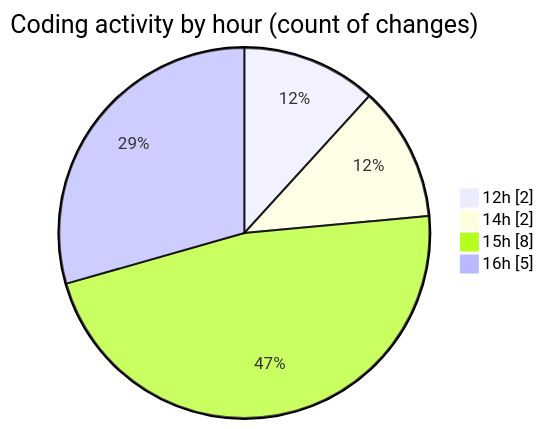
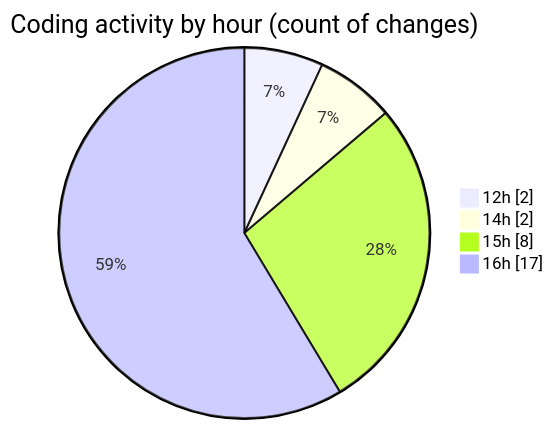
Before and after one commit to nxtqubesakshisongat/code-tracking: the second of 2 diagrams in 2025-05-20/nxtqube_webapp/README.md, drawn with Mermaid. The commit also changed other lines of this file and 1 other file, not shown here.

````diff
--- a/2025-05-20/nxtqube_webapp/README.md
+++ b/2025-05-20/nxtqube_webapp/README.md
@@ -32,8 +32,8 @@
 ```mermaid
 pie showData
 title Coding activity by hour (count of changes)
 "12h" : 2
 "14h" : 2
 "15h" : 8
-"16h" : 5
+"16h" : 17
 ```
````
